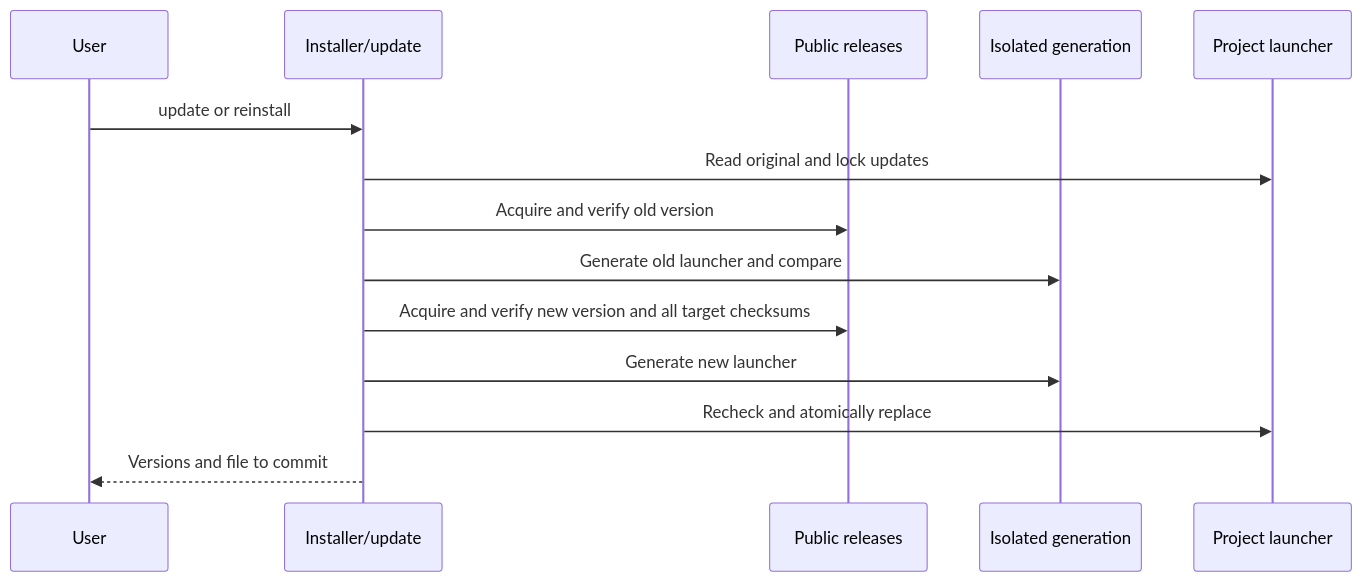
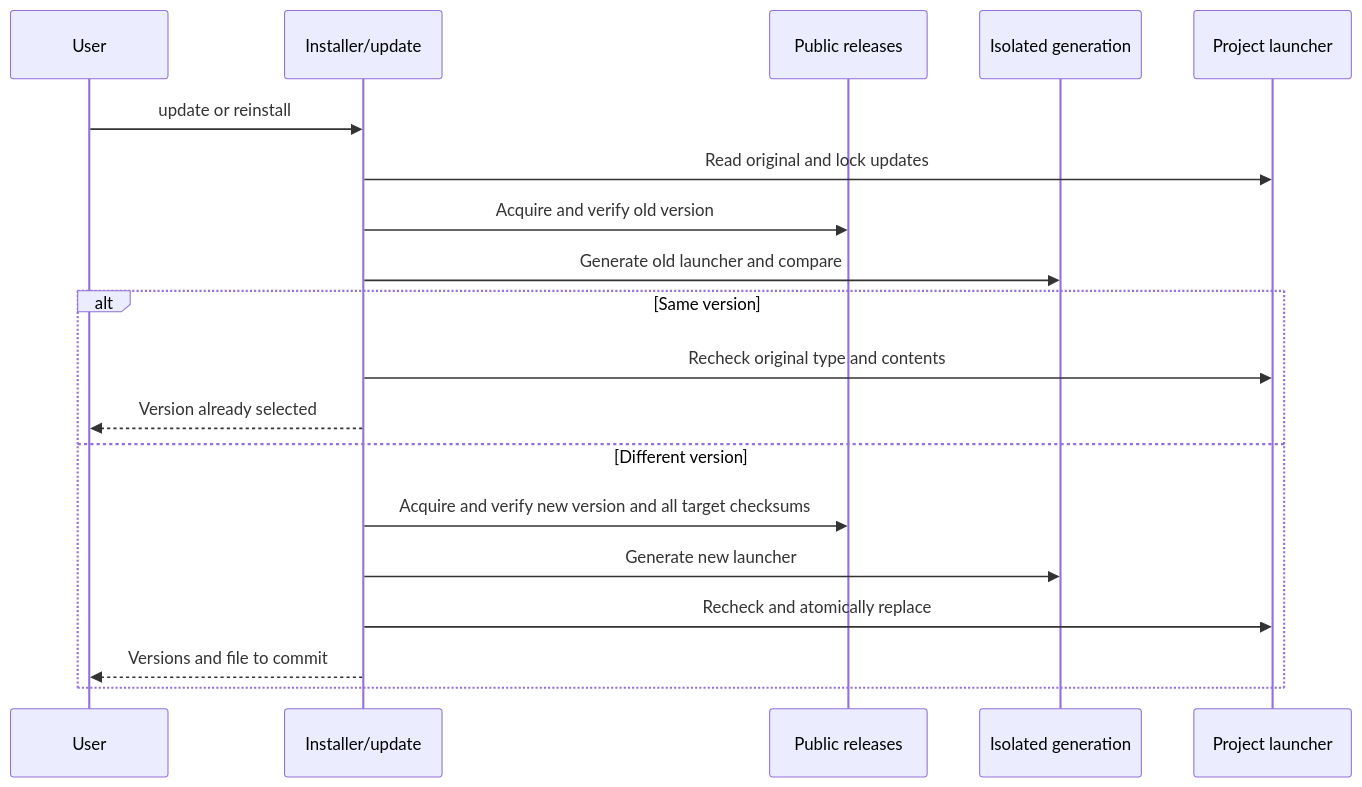
One commit to azu/sdev changed the diagram in docs/products/sdev/features/project-bootstrap/design.md. Above: the diagram before and after it, drawn with Mermaid. The commit also changed other lines of this file and 7 other files, not shown here.

````diff
--- a/docs/products/sdev/features/project-bootstrap/design.md
+++ b/docs/products/sdev/features/project-bootstrap/design.md
@@ -124,16 +124,21 @@
 ```mermaid
 sequenceDiagram
     participant U as User
     participant I as Installer/update
     participant R as Public releases
     participant S as Isolated generation
     participant P as Project launcher
     U->>I: update or reinstall
     I->>P: Read original and lock updates
     I->>R: Acquire and verify old version
     I->>S: Generate old launcher and compare
+    alt Same version
+        I->>P: Recheck original type and contents
+        I-->>U: Version already selected
+    else Different version
     I->>R: Acquire and verify new version and all target checksums
     I->>S: Generate new launcher
     I->>P: Recheck and atomically replace
     I-->>U: Versions and file to commit
+    end
 ```
````
